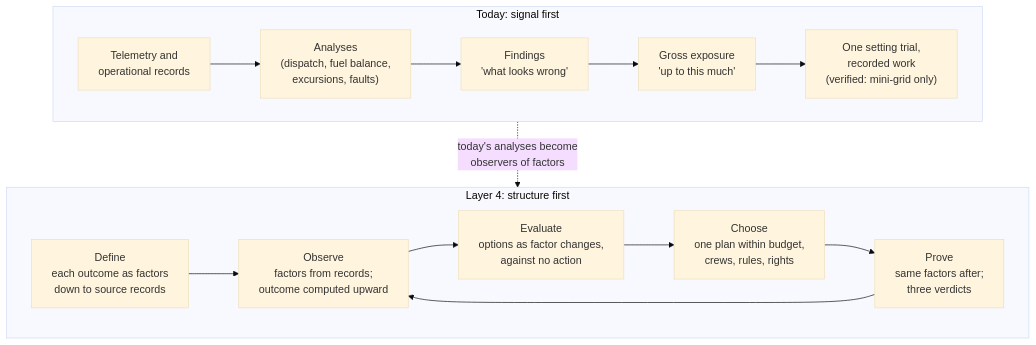
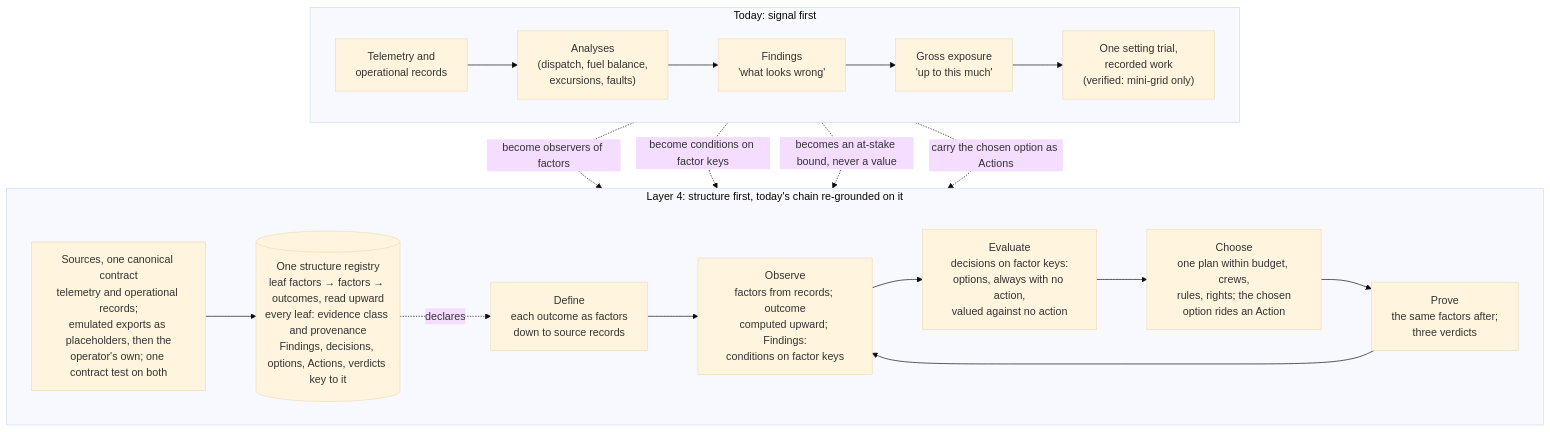
One commit to bineyame/AssetOpsV1 changed the first of 9 diagrams in Docs/demo-sprint/product-direction-layer4/product-transition-and-roadmap.md. Above: the diagram before and after it, drawn with Mermaid (base theme). The commit also changed other lines of this file and 9 other files, not shown here.

First line of the commit message:
Layer 4 pack: rev 4 diagrams; combined-review fixes GL1-GL3, GM2

````diff
--- a/Docs/demo-sprint/product-direction-layer4/product-transition-and-roadmap.md
+++ b/Docs/demo-sprint/product-direction-layer4/product-transition-and-roadmap.md
@@ -33,13 +33,19 @@
 ```mermaid
 flowchart TB
   subgraph TODAY["Today: signal first"]
     direction LR
     T1["Telemetry and<br/>operational records"] --> T2["Analyses<br/>(dispatch, fuel balance,<br/>excursions, faults)"] --> T3["Findings<br/>'what looks wrong'"] --> T4["Gross exposure<br/>'up to this much'"] --> T5["One setting trial,<br/>recorded work<br/>(verified: mini-grid only)"]
   end
-  subgraph L4["Layer 4: structure first"]
+  subgraph L4["Layer 4: structure first, today's chain re-grounded on it"]
     direction LR
-    L1["Define<br/>each outcome as factors<br/>down to source records"] --> L2["Observe<br/>factors from records;<br/>outcome computed upward"] --> L3["Evaluate<br/>options as factor changes,<br/>against no action"] --> L4c["Choose<br/>one plan within budget,<br/>crews, rules, rights"] --> L5["Prove<br/>same factors after;<br/>three verdicts"]
+    L1["Define<br/>each outcome as factors<br/>down to source records"] --> L2["Observe<br/>factors from records; outcome<br/>computed upward; Findings:<br/>conditions on factor keys"] --> L3["Evaluate<br/>decisions on factor keys:<br/>options, always with no action,<br/>valued against no action"] --> L4c["Choose<br/>one plan within budget, crews,<br/>rules, rights; the chosen<br/>option rides an Action"] --> L5["Prove<br/>the same factors after;<br/>three verdicts"]
     L5 --> L2
+    REG[("One structure registry<br/>leaf factors → factors → outcomes, read upward<br/>every leaf: evidence class and provenance<br/>Findings, decisions, options, Actions, verdicts key to it")]
+    SRC["Sources, one canonical contract<br/>telemetry and operational records;<br/>emulated exports as placeholders, then the<br/>operator's own; one contract test on both"] --> REG
+    REG -. "declares" .-> L1
   end
-  TODAY -. "today's analyses become<br/>observers of factors" .-> L2
+  T2 -. "become observers of factors" .-> L2
+  T3 -. "become conditions on factor keys" .-> L2
+  T4 -. "becomes an at-stake bound, never a value" .-> L2
+  T5 -. "carry the chosen option as Actions" .-> L5
 ```
````
